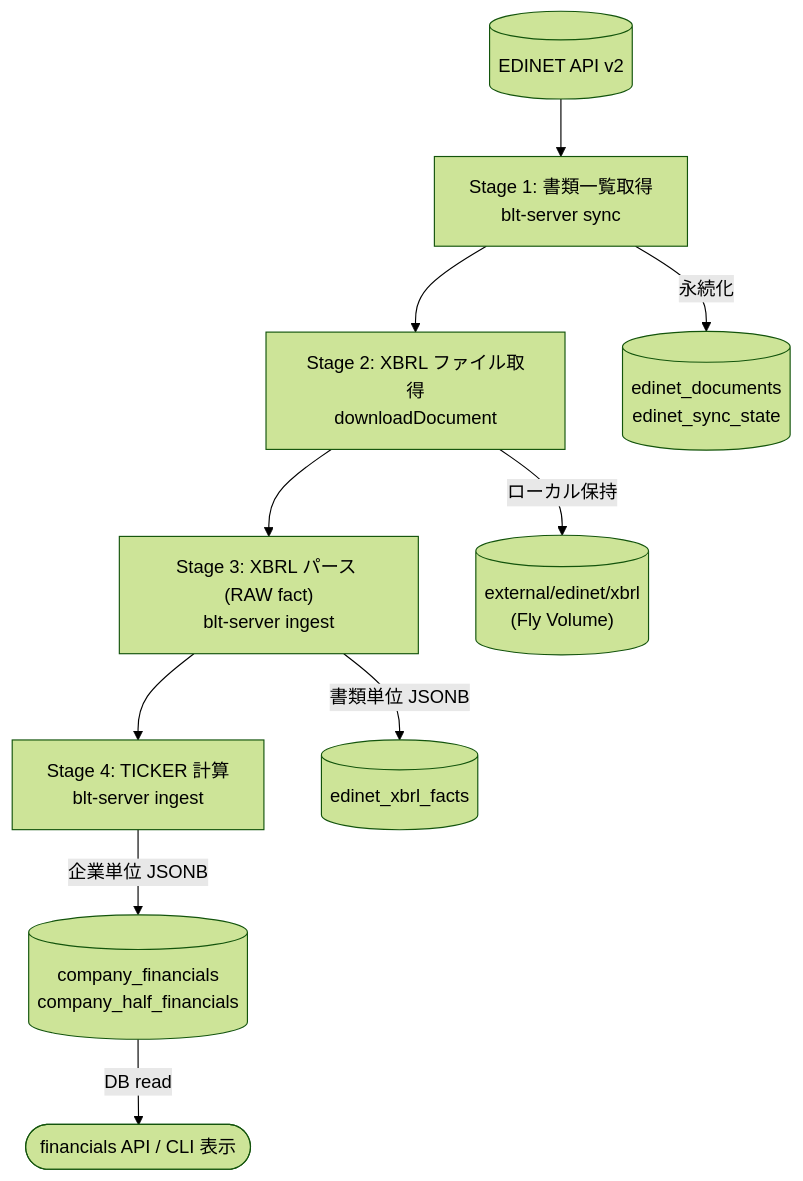
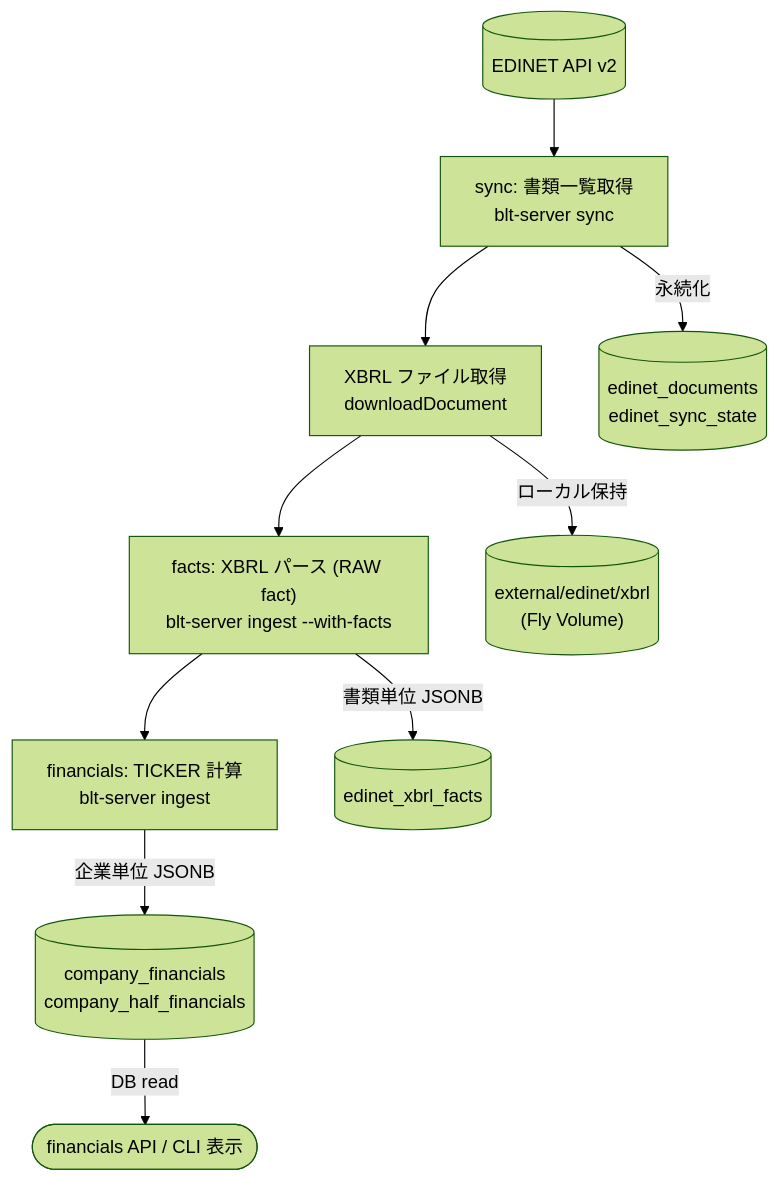
One commit to sollahiro/blue-ticker changed the third of 4 diagrams in docs/architecture.md. Above: the diagram before and after it, drawn with Mermaid (forest theme). The commit also changed other lines of this file and 14 other files, not shown here.

````diff
--- a/docs/architecture.md
+++ b/docs/architecture.md
@@ -132,15 +132,15 @@
 ```mermaid
 flowchart TD
     edinet[("EDINET API v2")]
-    s1["Stage 1: 書類一覧取得<br/>blt-server sync"]
-    s2["Stage 2: XBRL ファイル取得<br/>downloadDocument"]
-    s3["Stage 3: XBRL パース (RAW fact)<br/>blt-server ingest"]
-    s4["Stage 4: TICKER 計算<br/>blt-server ingest"]
+    s1["sync: 書類一覧取得<br/>blt-server sync"]
+    s2["XBRL ファイル取得<br/>downloadDocument"]
+    s3["facts: XBRL パース (RAW fact)<br/>blt-server ingest --with-facts"]
+    s4["financials: TICKER 計算<br/>blt-server ingest"]
 
     edinet --> s1 --> s2 --> s3 --> s4
     s1 -->|永続化| db1[("edinet_documents<br/>edinet_sync_state")]
     s2 -->|ローカル保持| fs[("external/edinet/xbrl<br/>(Fly Volume)")]
     s3 -->|書類単位 JSONB| db3[("edinet_xbrl_facts")]
     s4 -->|企業単位 JSONB| db4[("company_financials<br/>company_half_financials")]
     db4 -->|DB read| out(["financials API / CLI 表示"])
 ```
````
